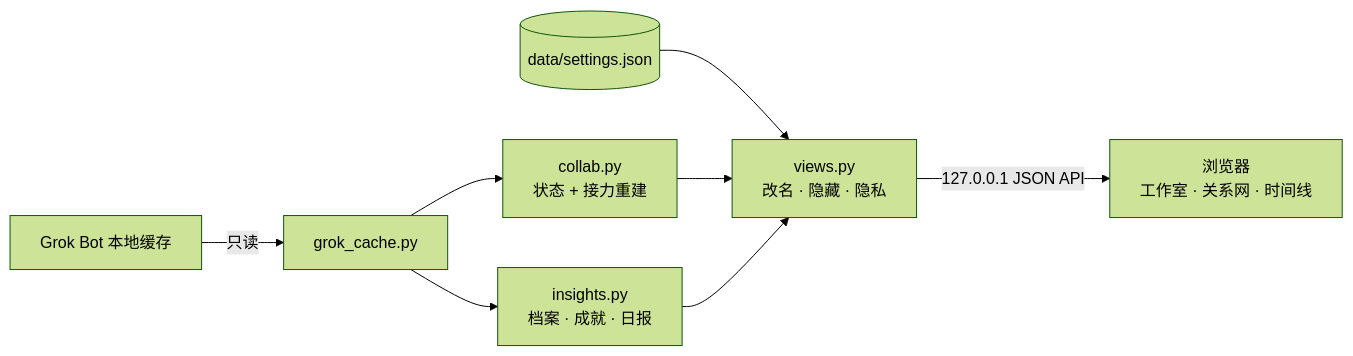
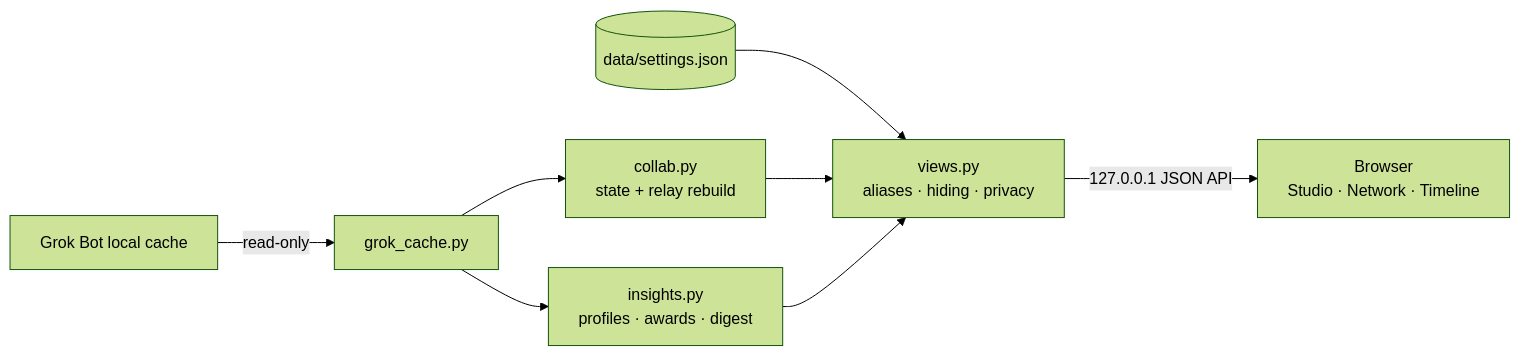
Before and after one commit to Olivia295/grokbot-team-monitor-UI: the diagram in README.md, drawn with Mermaid (forest theme). The commit also changed other lines of this file and 2 other files, not shown here.

````diff
--- a/README.md
+++ b/README.md
@@ -159,10 +159,10 @@
 ```mermaid
 flowchart LR
-  A[Grok Bot 本地缓存] -->|只读| B[grok_cache.py]
-  B --> C[collab.py<br/>状态 + 接力重建]
-  B --> D[insights.py<br/>档案 · 成就 · 日报]
+  A[Grok Bot local cache] -->|read-only| B[grok_cache.py]
+  B --> C[collab.py<br/>state + relay rebuild]
+  B --> D[insights.py<br/>profiles · awards · digest]
   S[(data/settings.json)] --> E
-  C --> E[views.py<br/>改名 · 隐藏 · 隐私]
+  C --> E[views.py<br/>aliases · hiding · privacy]
   D --> E
-  E -->|127.0.0.1 JSON API| F[浏览器<br/>工作室 · 关系网 · 时间线]
+  E -->|127.0.0.1 JSON API| F[Browser<br/>Studio · Network · Timeline]
 ```
````
